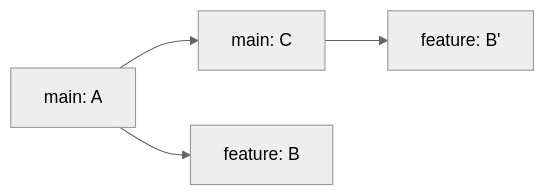
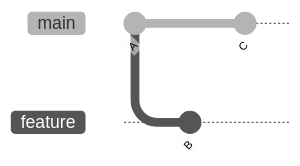
The tenth of 14 diagrams in src/content/docs/ressources/git/index.mdx (TeeBeeCoder/drupal-bootcamp), drawn with Mermaid (neutral theme) before and after one commit. The commit also changed other lines of this file, not shown here.

````diff
--- a/src/content/docs/ressources/git/index.mdx
+++ b/src/content/docs/ressources/git/index.mdx
@@ -674,6 +686,9 @@
 ```mermaid
-flowchart LR
-    A[main: A] --> C[main: C]
-    A --> F1[feature: B]
-    C --> F2[feature: B']
+gitGraph
+   commit id: "A"
+   branch feature
+   checkout feature
+   commit id: "B"
+   checkout main
+   commit id: "C"
 ```
````
